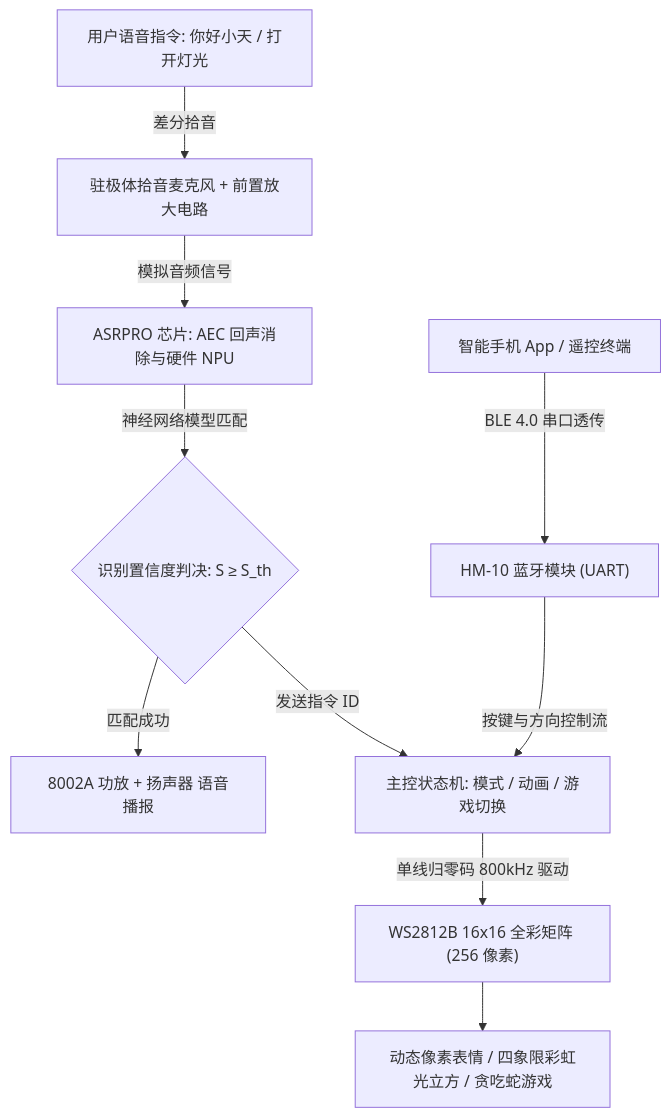
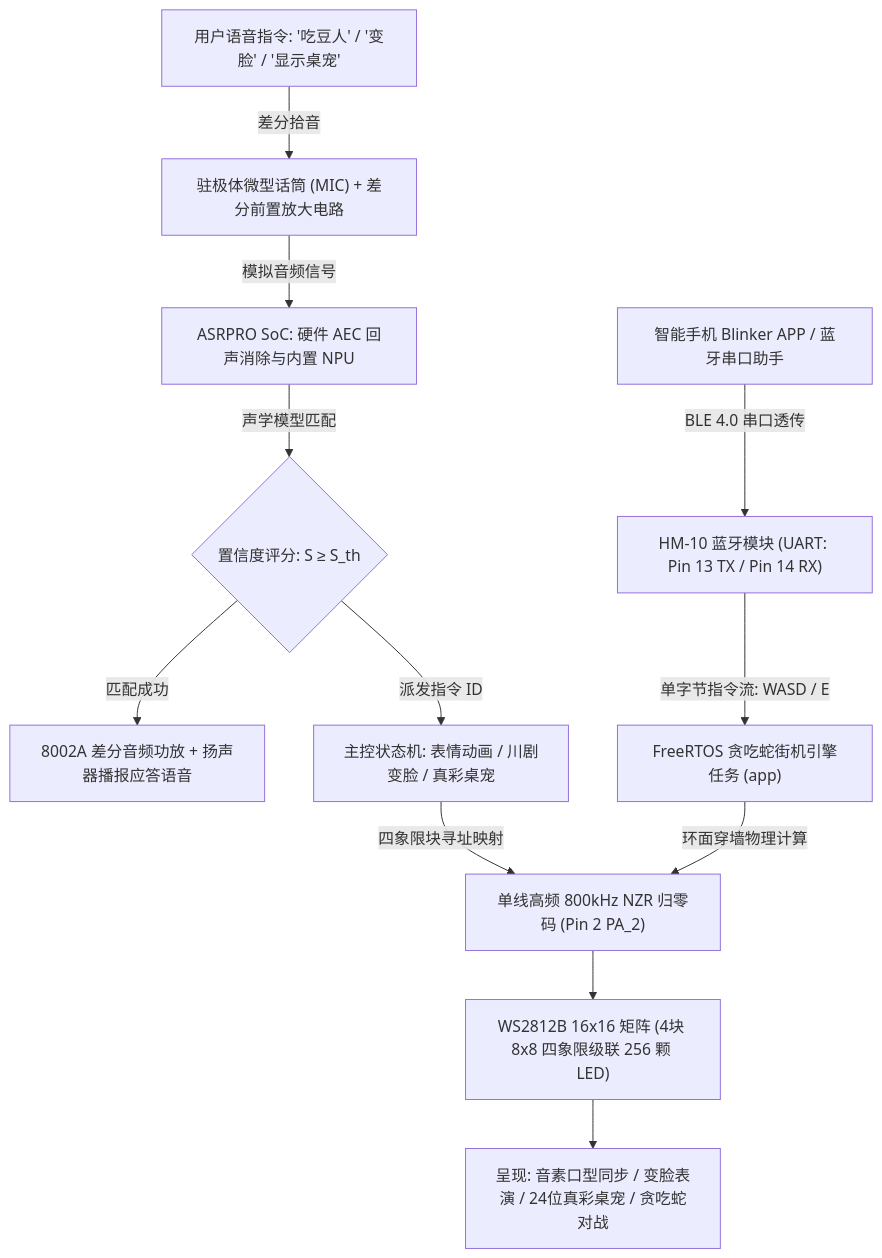
Before and after one commit to DongFengPo1412/Intelligent-Lighting-Control-System-Basic: the diagram in README.md, drawn with Mermaid. The commit also changed other lines of this file and 4 other files, not shown here.

````diff
--- a/README.md
+++ b/README.md
@@ -66,12 +74,14 @@
 ```mermaid
 flowchart TD
-    A["用户语音指令: 你好小天 / 打开灯光"] -->|差分拾音| B["驻极体拾音麦克风 + 前置放大电路"]
-    B -->|模拟音频信号| C["ASRPRO 芯片: AEC 回声消除与硬件 NPU"]
-    C -->|神经网络模型匹配| D{"识别置信度判决: S ≥ S_th"}
-    D -->|匹配成功| E["8002A 功放 + 扬声器 语音播报"]
-    D -->|发送指令 ID| F["主控状态机: 模式 / 动画 / 游戏切换"]
-    G["智能手机 App / 遥控终端"] -->|BLE 4.0 串口透传| H["HM-10 蓝牙模块 (UART)"]
-    H -->|按键与方向控制流| F
-    F -->|单线归零码 800kHz 驱动| I["WS2812B 16x16 全彩矩阵 (256 像素)"]
-    I --> J["动态像素表情 / 四象限彩虹光立方 / 贪吃蛇游戏"]
+    A["用户语音指令: '吃豆人' / '变脸' / '显示桌宠'"] -->|差分拾音| B["驻极体微型话筒 (MIC) + 差分前置放大电路"]
+    B -->|模拟音频信号| C["ASRPRO SoC: 硬件 AEC 回声消除与内置 NPU"]
+    C -->|声学模型匹配| D{"置信度评分: S ≥ S_th"}
+    D -->|匹配成功| E["8002A 差分音频功放 + 扬声器播报应答语音"]
+    D -->|派发指令 ID| F["主控状态机: 表情动画 / 川剧变脸 / 真彩桌宠"]
+    G["智能手机 Blinker APP / 蓝牙串口助手"] -->|BLE 4.0 串口透传| H["HM-10 蓝牙模块 (UART: Pin 13 TX / Pin 14 RX)"]
+    H -->|单字节指令流: WASD / E| I["FreeRTOS 贪吃蛇街机引擎任务 (app)"]
+    F -->|四象限块寻址映射| J["单线高频 800kHz NZR 归零码 (Pin 2 PA_2)"]
+    I -->|环面穿墙物理计算| J
+    J --> K["WS2812B 16x16 矩阵 (4块 8x8 四象限级联 256 颗 LED)"]
+    K --> L["呈现: 音素口型同步 / 变脸表演 / 24位真彩桌宠 / 贪吃蛇对战"]
 ```
````
